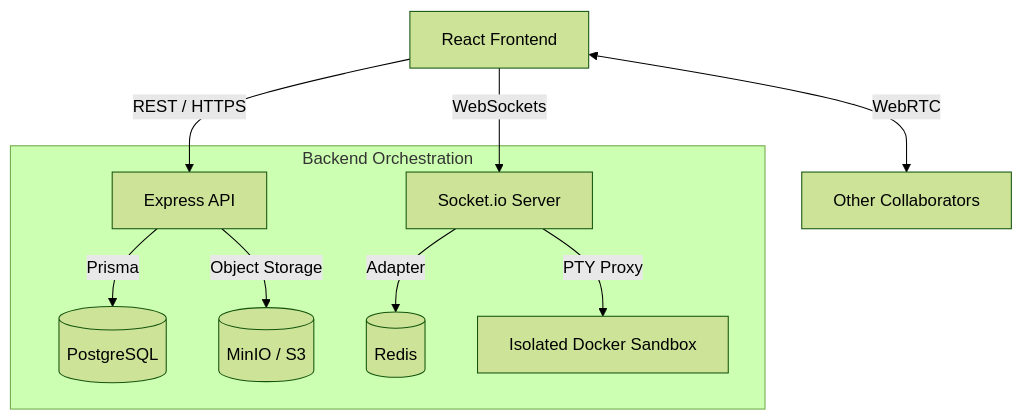
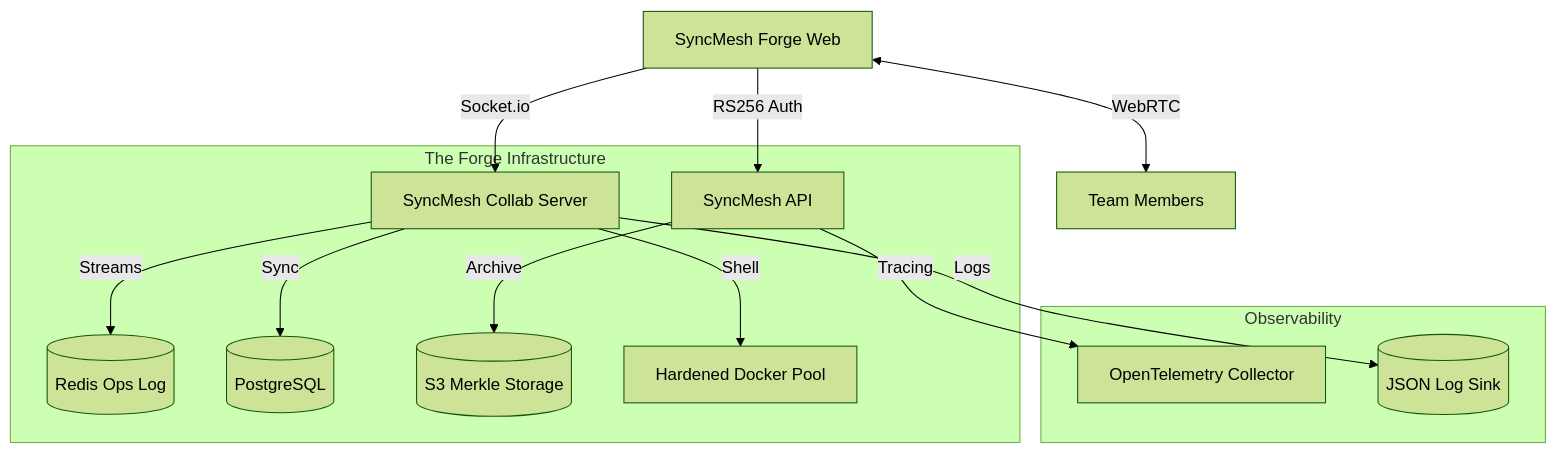
The diagram in README.md (syedmukheeth/DevCollab), drawn with Mermaid (forest theme) before and after one commit. The commit also changed other lines of this file and 31 other files, not shown here.

Commit message:
Fix backend and frontend debugging bugs

````diff
--- a/README.md
+++ b/README.md
@@ -43,13 +42,18 @@
 ```mermaid
 graph TD
-    Client[React Frontend] -->|REST / HTTPS| API[Express API]
-    Client -->|WebSockets| SocketServer[Socket.io Server]
-    Client <-->|WebRTC| Peers[Other Collaborators]
+    Client[SyncMesh Forge Web] -->|RS256 Auth| API[SyncMesh API]
+    Client -->|Socket.io| CollabServer[SyncMesh Collab Server]
+    Client <-->|WebRTC| Peers[Team Members]
     
-    subgraph "Backend Orchestration"
-        API -->|Prisma| DB[(PostgreSQL)]
-        API -->|Object Storage| MinIO[(MinIO / S3)]
-        SocketServer -->|Adapter| Redis[(Redis)]
-        SocketServer -->|PTY Proxy| Docker[Isolated Docker Sandbox]
+    subgraph "The Forge Infrastructure"
+        CollabServer -->|Streams| Redis[(Redis Ops Log)]
+        CollabServer -->|Sync| DocDB[(PostgreSQL)]
+        API -->|Archive| S3[(S3 Merkle Storage)]
+        CollabServer -->|Shell| Sandbox[Hardened Docker Pool]
+    end
+    
+    subgraph "Observability"
+        API -->|Tracing| OTEL[OpenTelemetry Collector]
+        CollabServer -->|Logs| Winston[(JSON Log Sink)]
     end
 ```
````
